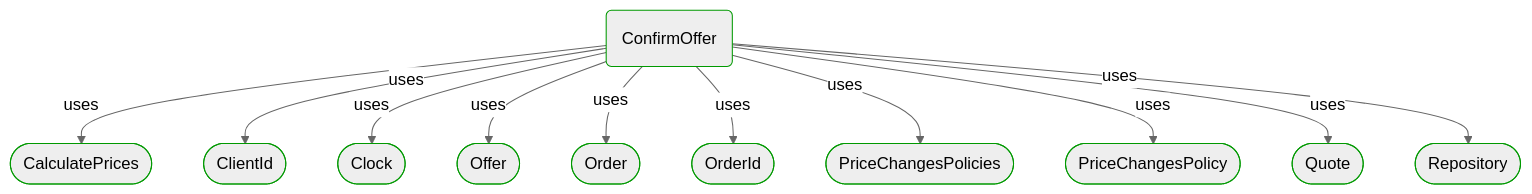
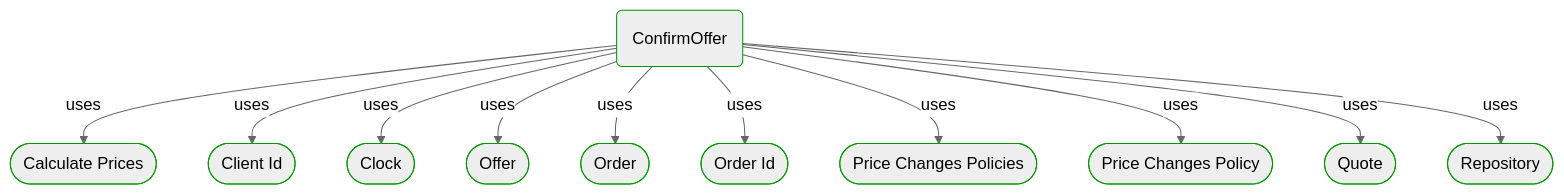
The second of 4 diagrams in Docs/P3/MermaidOutput/ProcessSteps/Sale/Wholesale ordering/ConfirmOffer.md (itlibrium/DDD-starter-dotnet), drawn with Mermaid (neutral theme) before and after one commit. The commit also changed other lines of this file and 174 other files, not shown here.

````diff
--- a/Docs/P3/MermaidOutput/ProcessSteps/Sale/Wholesale ordering/ConfirmOffer.md
+++ b/Docs/P3/MermaidOutput/ProcessSteps/Sale/Wholesale ordering/ConfirmOffer.md
@@ -37,38 +34,38 @@
 ```mermaid
   flowchart TB
     0(ConfirmOffer)
     class 0 DomainPerspective
-    1([CalculatePrices])
+    1([Calculate Prices])
     class 1 DomainPerspective
     0-->|uses|1
-    2([ClientId])
+    2([Client Id])
     class 2 DomainPerspective
     0-->|uses|2
     3([Clock])
     class 3 DomainPerspective
     0-->|uses|3
     4([Offer])
     class 4 DomainPerspective
     0-->|uses|4
     5([Order])
     class 5 DomainPerspective
     0-->|uses|5
-    6([OrderId])
+    6([Order Id])
     class 6 DomainPerspective
     0-->|uses|6
-    7([PriceChangesPolicies])
+    7([Price Changes Policies])
     class 7 DomainPerspective
     0-->|uses|7
-    8([PriceChangesPolicy])
+    8([Price Changes Policy])
     class 8 DomainPerspective
     0-->|uses|8
     9([Quote])
     class 9 DomainPerspective
     0-->|uses|9
     10([Repository])
     class 10 DomainPerspective
     0-->|uses|10
     classDef DomainPerspective stroke:#009900
     classDef TechnologyPerspective stroke:#1F41EB
     classDef PeoplePerspective stroke:#FFF014
 ```
````
